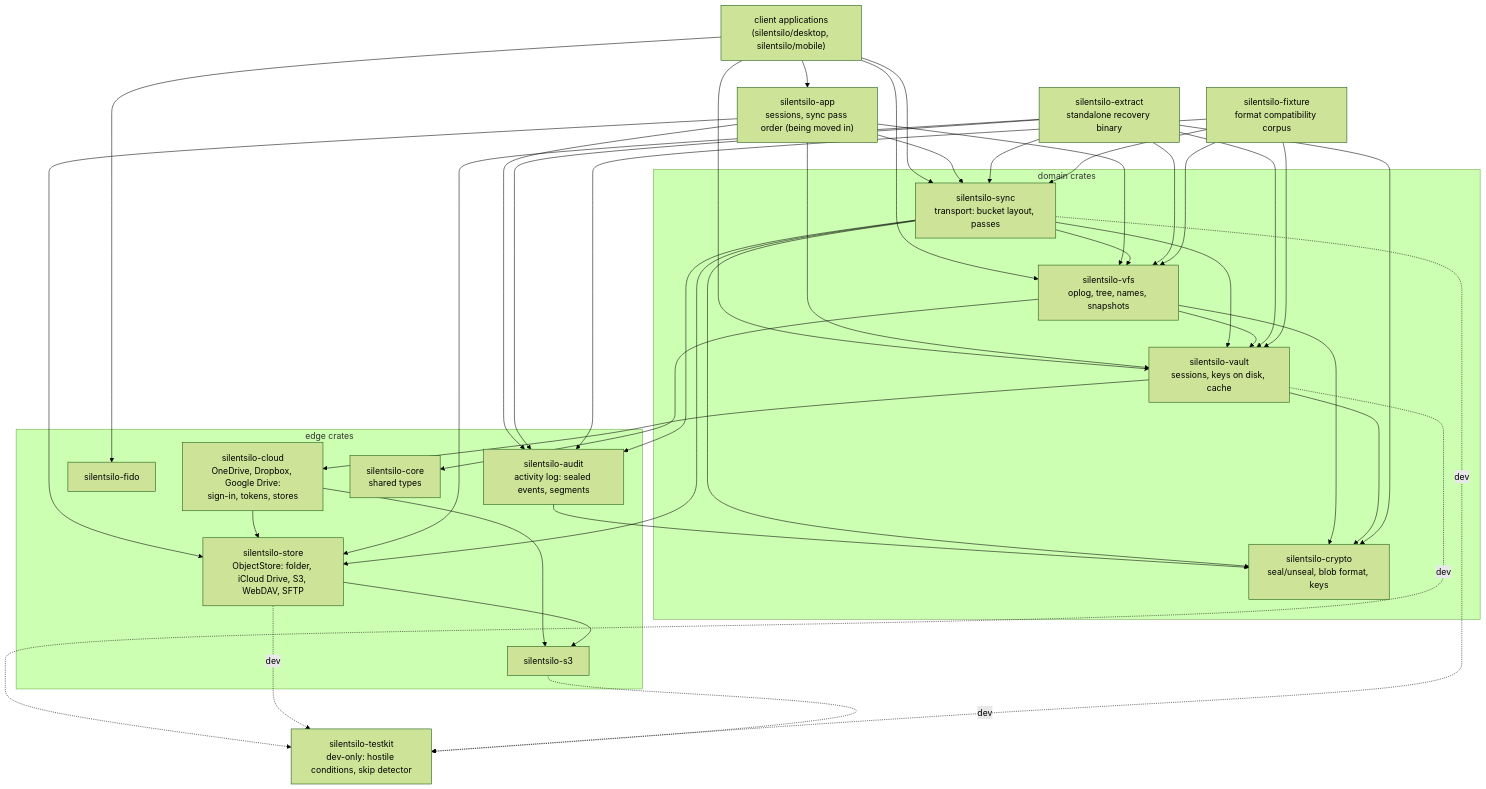
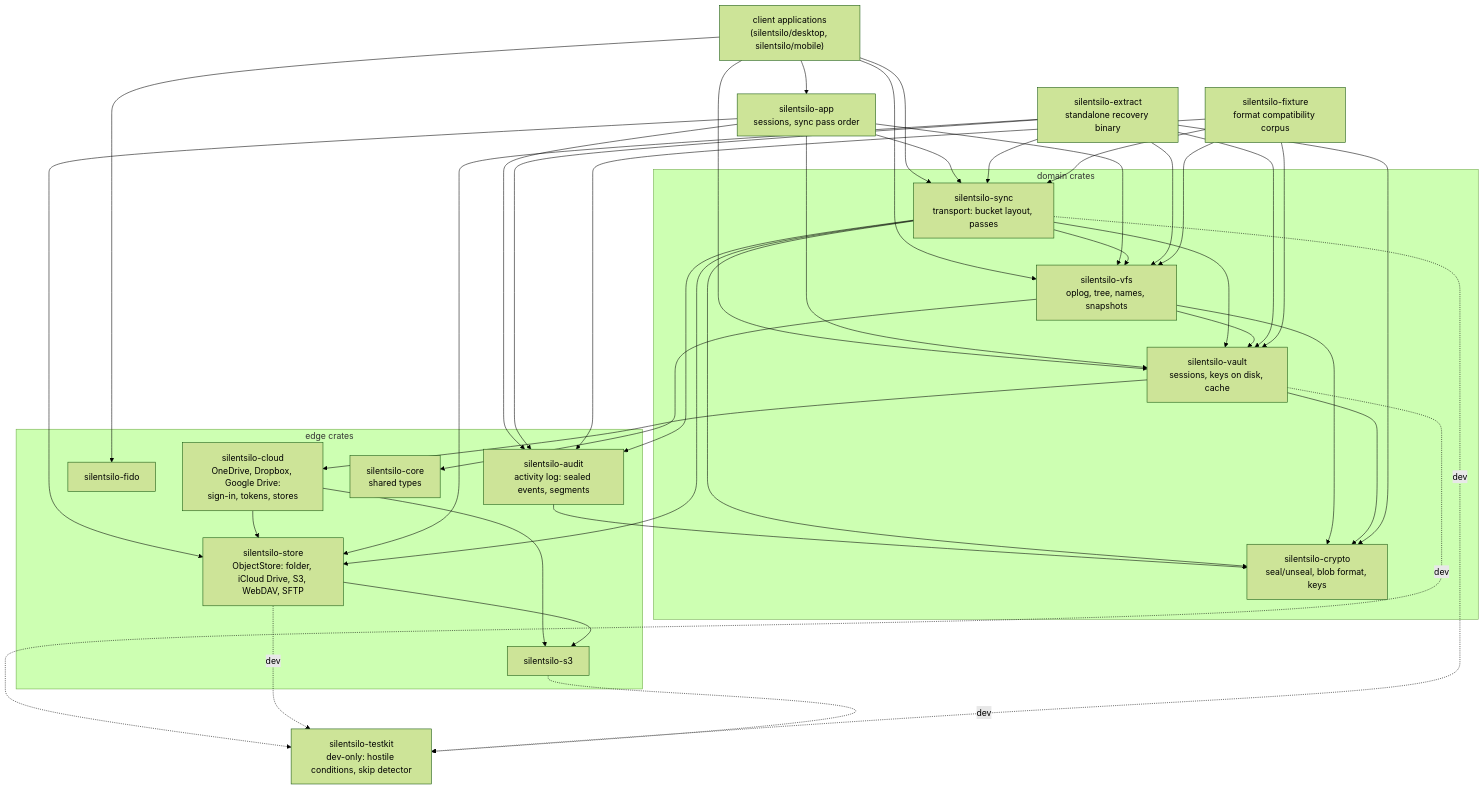
Before and after one commit to silentsilo/core: the first of 4 diagrams in docs/ARCHITECTURE.md, drawn with Mermaid (forest theme). The commit also changed other lines of this file and 26 other files, not shown here.

````diff
--- a/docs/ARCHITECTURE.md
+++ b/docs/ARCHITECTURE.md
@@ -34,34 +34,34 @@
 ```mermaid
 flowchart TD
     subgraph domain["domain crates"]
         VFS["silentsilo-vfs<br/>oplog, tree, names, snapshots"]
         VAULT["silentsilo-vault<br/>sessions, keys on disk, cache"]
         SYNC["silentsilo-sync<br/>transport: bucket layout, passes"]
         CRYPTO["silentsilo-crypto<br/>seal/unseal, blob format, keys"]
     end
     subgraph edge["edge crates"]
         STORE["silentsilo-store<br/>ObjectStore: folder, iCloud Drive, S3, WebDAV, SFTP"]
         CLOUD["silentsilo-cloud<br/>OneDrive, Dropbox, Google Drive:<br/>sign-in, tokens, stores"]
         S3C["silentsilo-s3"]
         FIDO["silentsilo-fido"]
         AUDIT["silentsilo-audit<br/>activity log: sealed events, segments"]
         CORE["silentsilo-core<br/>shared types"]
     end
-    APP["silentsilo-app<br/>sessions, sync pass order (being moved in)"]
+    APP["silentsilo-app<br/>sessions, sync pass order"]
     EXTRACT["silentsilo-extract<br/>standalone recovery binary"]
     FIXTURE["silentsilo-fixture<br/>format compatibility corpus"]
     TESTKIT["silentsilo-testkit<br/>dev-only: hostile conditions, skip detector"]
     CLIENT["client applications<br/>(silentsilo/desktop, silentsilo/mobile)"]
 
     CLIENT --> APP & VFS & VAULT & SYNC & FIDO
     APP --> SYNC & VFS & VAULT & STORE & AUDIT
     SYNC --> VFS & VAULT & CRYPTO & STORE & AUDIT
     AUDIT --> CRYPTO
     VFS --> VAULT & CRYPTO & CORE
     VAULT --> CRYPTO & CLOUD
     CLOUD --> STORE & S3C
     STORE --> S3C
     EXTRACT --> SYNC & VFS & VAULT & CRYPTO & STORE & AUDIT
     FIXTURE --> SYNC & VFS & VAULT & AUDIT
     VAULT & STORE & SYNC & S3C -.dev.-> TESTKIT
 ```
````
